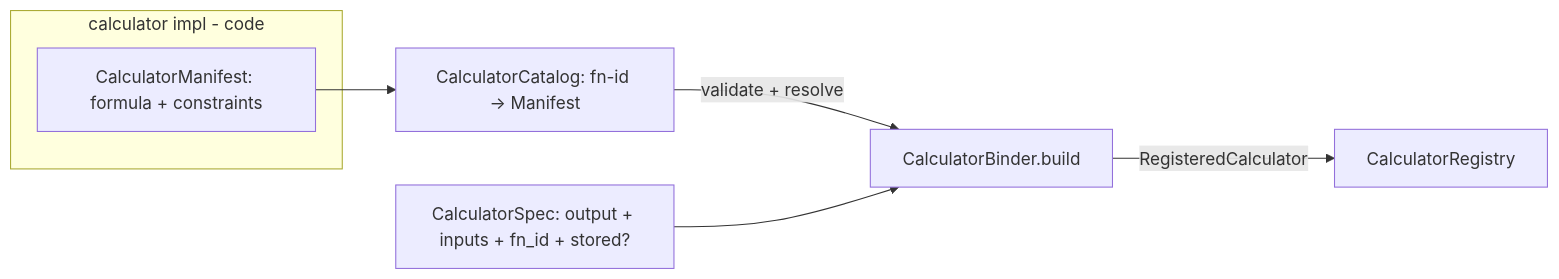
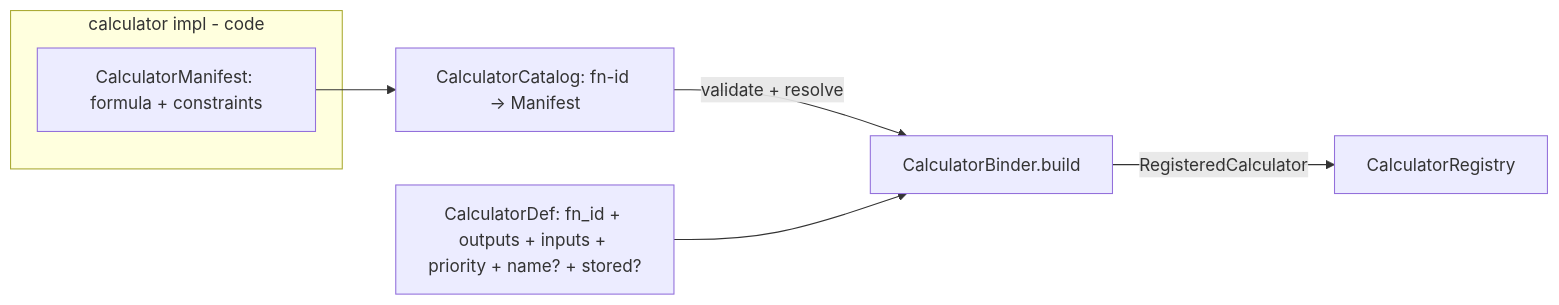
Before and after one commit to dveyarangi/meteoscape: the third of 4 diagrams in docs/adr/0005-build-time-composition.md, drawn with Mermaid. The commit also changed other lines of this file and 6 other files, not shown here.

````diff
--- a/docs/adr/0005-build-time-composition.md
+++ b/docs/adr/0005-build-time-composition.md
@@ -59,12 +59,12 @@
 ```mermaid
 flowchart LR
   subgraph cimpl [calculator impl - code]
     CM["CalculatorManifest: formula + constraints"]
   end
   CCAT["CalculatorCatalog: fn-id → Manifest"]
-  CSpec["CalculatorSpec: output + inputs + fn_id + stored?"]
+  CSpec["CalculatorDef: fn_id + outputs + inputs + priority + name? + stored?"]
   CM --> CCAT
   CCAT -->|validate + resolve| CB[CalculatorBinder.build]
   CSpec --> CB
   CB -->|"RegisteredCalculator"| CR[CalculatorRegistry]
 ```
````
